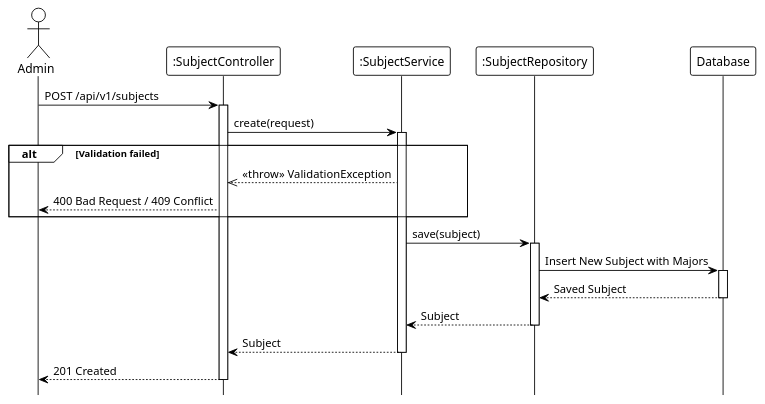
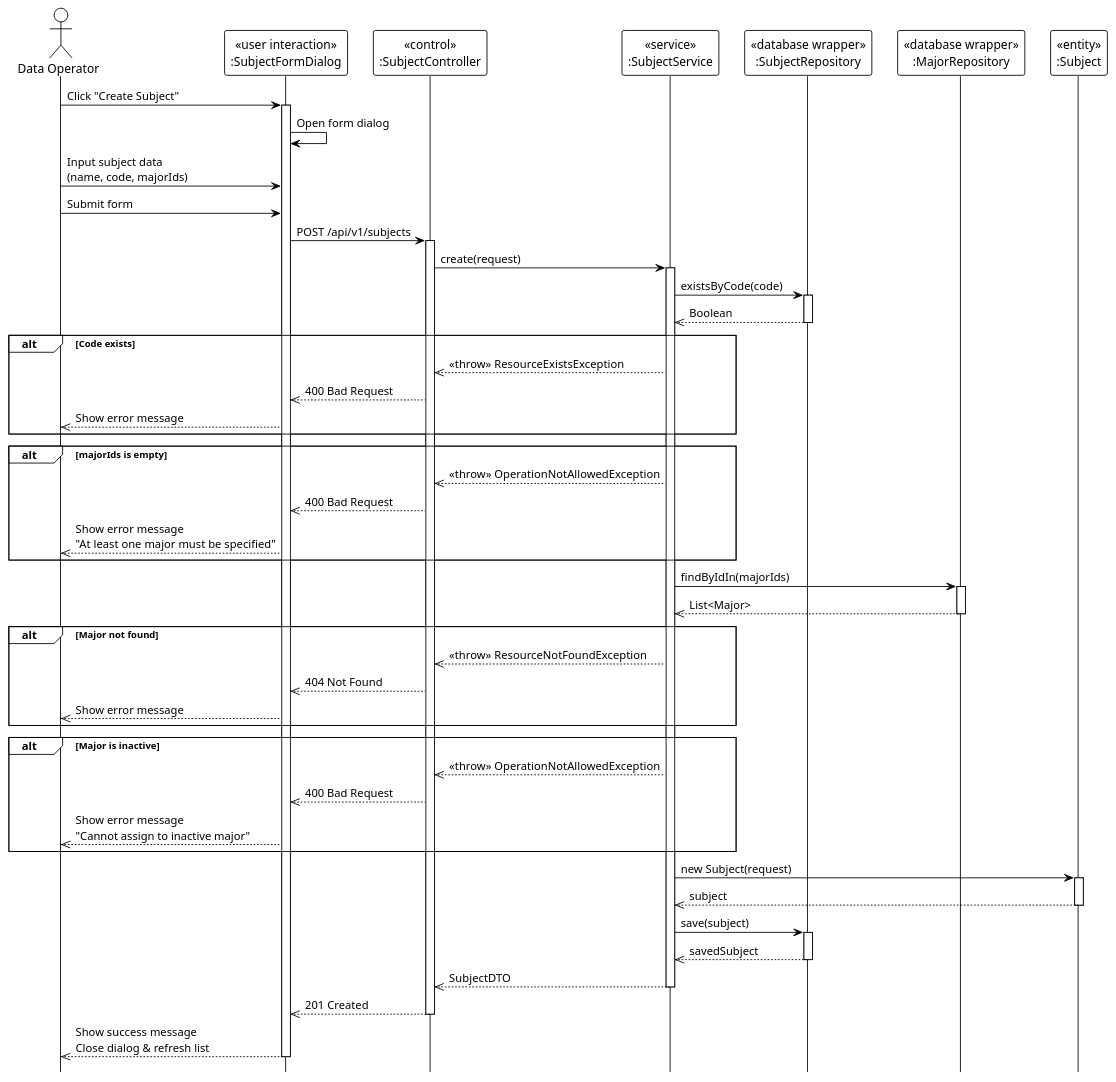
Before and after one commit to Ndh474/context: the diagram in system_detailed_design/19_create_subject/sequence_diagram_create_subject.puml, drawn with PlantUML. The commit also changed 5 other files, not shown here.

Commit message:
docs(system_detailed_design): add UML stereotypes to subject sequence diagrams

```diff
--- a/system_detailed_design/19_create_subject/sequence_diagram_create_subject.puml
+++ b/system_detailed_design/19_create_subject/sequence_diagram_create_subject.puml
@@ -1,42 +1,87 @@
 @startuml create_subject
 !theme plain
 hide footbox
 
-actor Admin
-participant ":SubjectController" as Controller
-participant ":SubjectService" as Service
-participant ":SubjectRepository" as Repository
-participant "Database" as DB
+actor "Data Operator" as DataOperator
 
-' --- MAIN FLOW ---
-Admin -> Controller: POST /api/v1/subjects
+participant "«user interaction»\n:SubjectFormDialog" as UI
+participant "«control»\n:SubjectController" as Controller
+participant "«service»\n:SubjectService" as Service
+participant "«database wrapper»\n:SubjectRepository" as Repository
+participant "«database wrapper»\n:MajorRepository" as MajorRepository
+participant "«entity»\n:Subject" as Entity
+
+' === MAIN FLOW ===
+DataOperator -> UI: Click "Create Subject"
+activate UI
+
+UI -> UI: Open form dialog
+
+DataOperator -> UI: Input subject data\n(name, code, majorIds)
+
+DataOperator -> UI: Submit form
+UI -> Controller: POST /api/v1/subjects
 activate Controller
 
 Controller -> Service: create(request)
 activate Service
 
-' Validation logic (internal: code/name uniqueness, major validation)
+' === VALIDATION: CODE UNIQUE ===
+Service -> Repository: existsByCode(code)
+activate Repository
+Repository -->> Service: Boolean
+deactivate Repository
 
-alt Validation failed
-    Service -->> Controller: <<throw>> ValidationException
-    Controller --> Admin: 400 Bad Request / 409 Conflict
+alt Code exists
+    Service -->> Controller: <<throw>> ResourceExistsException
+    Controller -->> UI: 400 Bad Request
+    UI -->> DataOperator: Show error message
 end
 
+' === VALIDATION: MAJOR IDS ===
+alt majorIds is empty
+    Service -->> Controller: <<throw>> OperationNotAllowedException
+    Controller -->> UI: 400 Bad Request
+    UI -->> DataOperator: Show error message\n"At least one major must be specified"
+end
+
+' === LOOKUP MAJORS ===
+Service -> MajorRepository: findByIdIn(majorIds)
+activate MajorRepository
+MajorRepository -->> Service: List<Major>
+deactivate MajorRepository
+
+alt Major not found
+    Service -->> Controller: <<throw>> ResourceNotFoundException
+    Controller -->> UI: 404 Not Found
+    UI -->> DataOperator: Show error message
+end
+
+alt Major is inactive
+    Service -->> Controller: <<throw>> OperationNotAllowedException
+    Controller -->> UI: 400 Bad Request
+    UI -->> DataOperator: Show error message\n"Cannot assign to inactive major"
+end
+
+' === CREATE ENTITY ===
+Service -> Entity: new Subject(request)
+activate Entity
+Entity -->> Service: subject
+deactivate Entity
+
+' === SAVE ===
 Service -> Repository: save(subject)
 activate Repository
-
-Repository -> DB: Insert New Subject with Majors
-activate DB
-DB --> Repository: Saved Subject
-deactivate DB
-
-Repository --> Service: Subject
+Repository -->> Service: savedSubject
 deactivate Repository
 
-Service --> Controller: Subject
+Service -->> Controller: SubjectDTO
 deactivate Service
 
-Controller --> Admin: 201 Created
+Controller -->> UI: 201 Created
 deactivate Controller
 
+UI -->> DataOperator: Show success message\nClose dialog & refresh list
+deactivate UI
+
 @enduml
```
